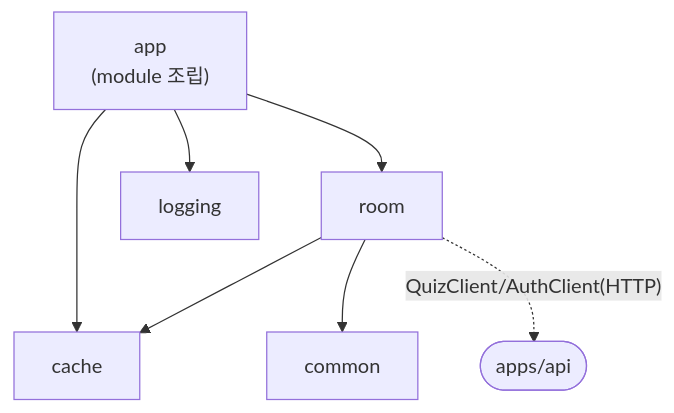
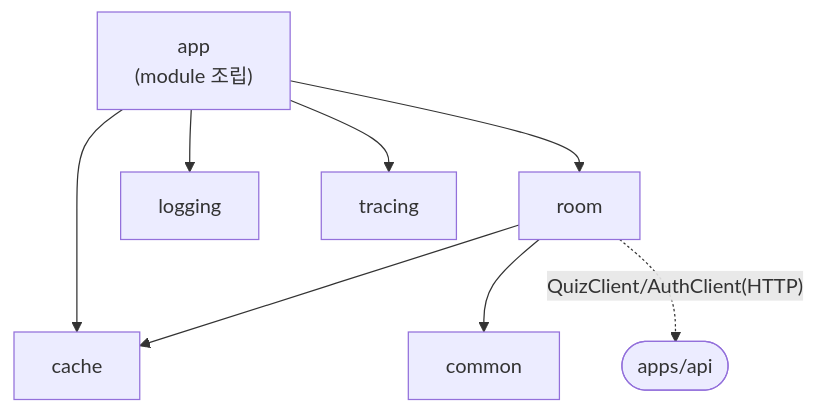
The third of 3 diagrams in ARCHITECTURE.md (erjin-lee/song-quiz), drawn with Mermaid before and after one commit. The commit also changed other lines of this file, not shown here.

First line of the commit message:
docs: ARCHITECTURE.md에 packages/tracing(OTel) 반영

````diff
--- a/ARCHITECTURE.md
+++ b/ARCHITECTURE.md
@@ -99,16 +102,18 @@
 ```mermaid
 graph TD
   app["app<br/>(module 조립)"]
   room["room"]
   cache["cache"]
   logging["logging"]
+  tracing["tracing"]
   common["common"]
 
   app --> cache
   app --> logging
+  app --> tracing
   app --> room
 
   room --> cache
   room --> common
   room -. "QuizClient/AuthClient(HTTP)" .-> apiService(["apps/api"])
 ```
````
